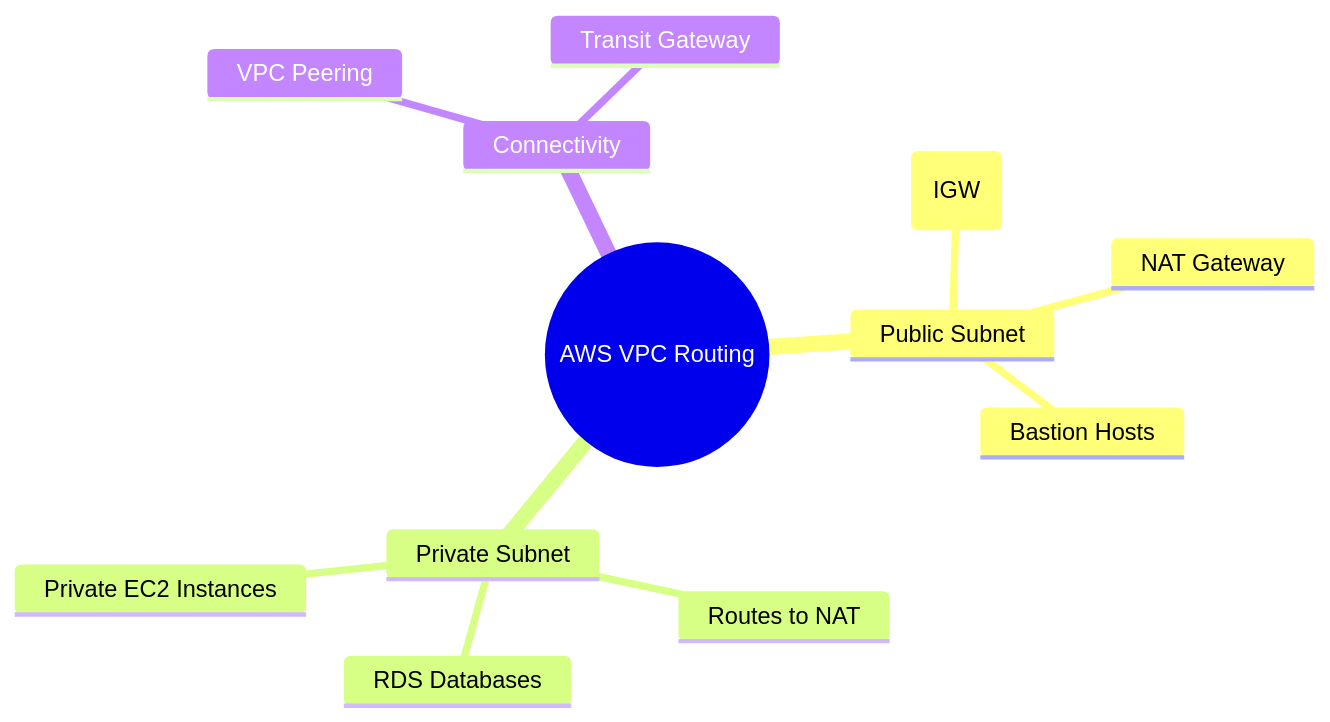
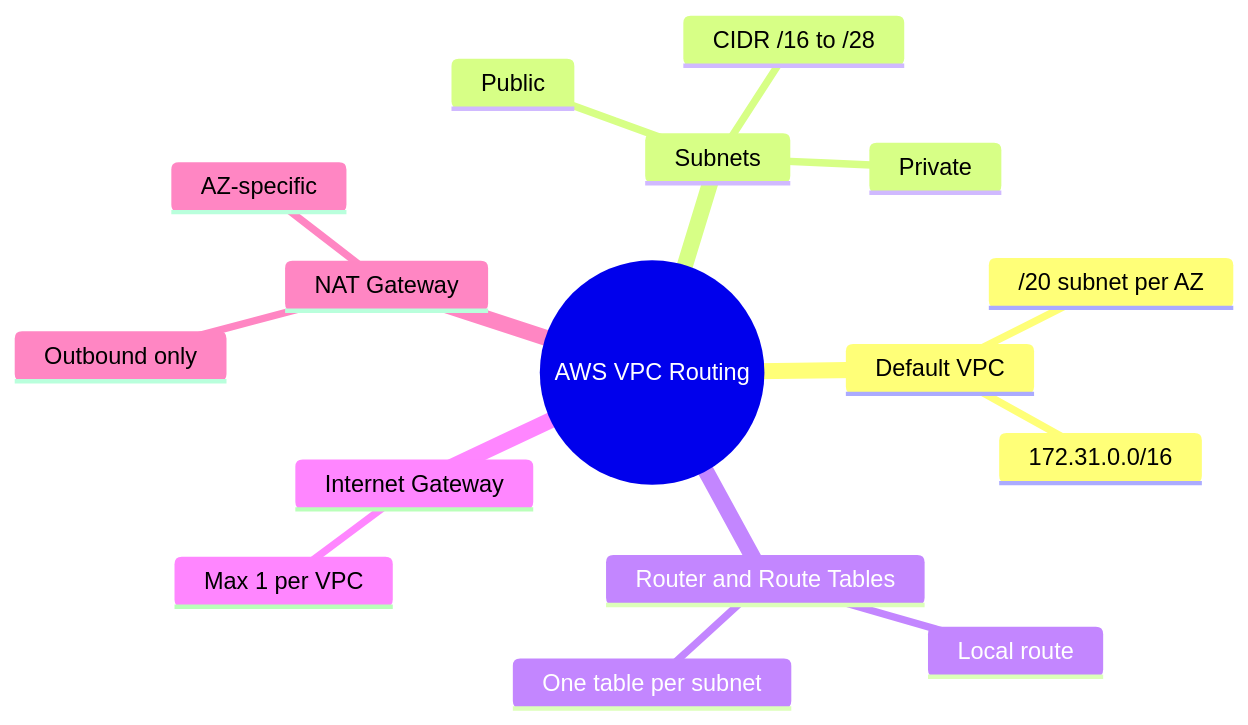
One commit to madhankumar866/cloud-engineering-vault changed the diagram in Knowledge Base/AWS/1. VPC Deep Dive.md. Above: the diagram before and after it, drawn with Mermaid. The commit also changed other lines of this file and 9 other files, not shown here.

````diff
--- a/Knowledge Base/AWS/1. VPC Deep Dive.md
+++ b/Knowledge Base/AWS/1. VPC Deep Dive.md
@@ -45,15 +38,19 @@
 ```mermaid
 mindmap
   root((AWS VPC Routing))
-    Public Subnet
-      Internet Gateway (IGW)
-      NAT Gateway
-      Bastion Hosts
-    Private Subnet
-      Private EC2 Instances
-      RDS Databases
-      Routes to NAT
-    Connectivity
-      VPC Peering
-      Transit Gateway
+    Default VPC
+      172.31.0.0/16
+      /20 subnet per AZ
+    Subnets
+      Public
+      Private
+      CIDR /16 to /28
+    Router and Route Tables
+      Local route
+      One table per subnet
+    Internet Gateway
+      Max 1 per VPC
+    NAT Gateway
+      AZ-specific
+      Outbound only
 ```
````
